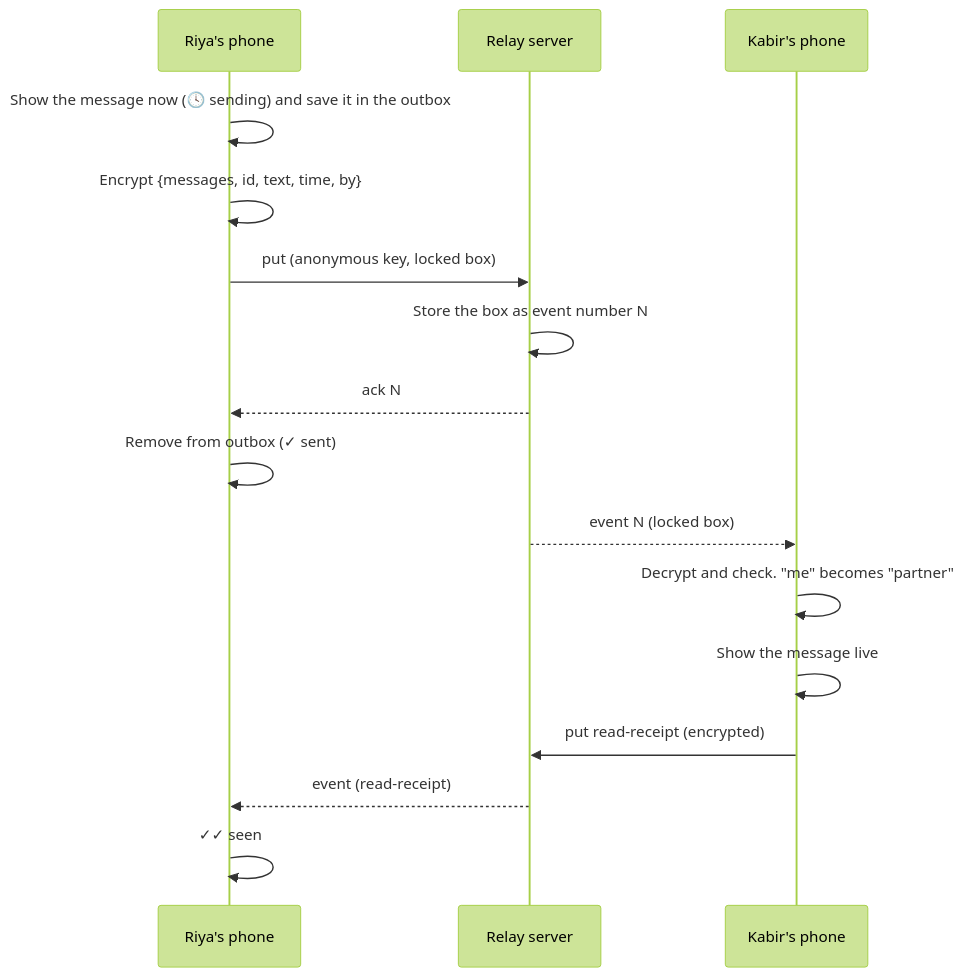
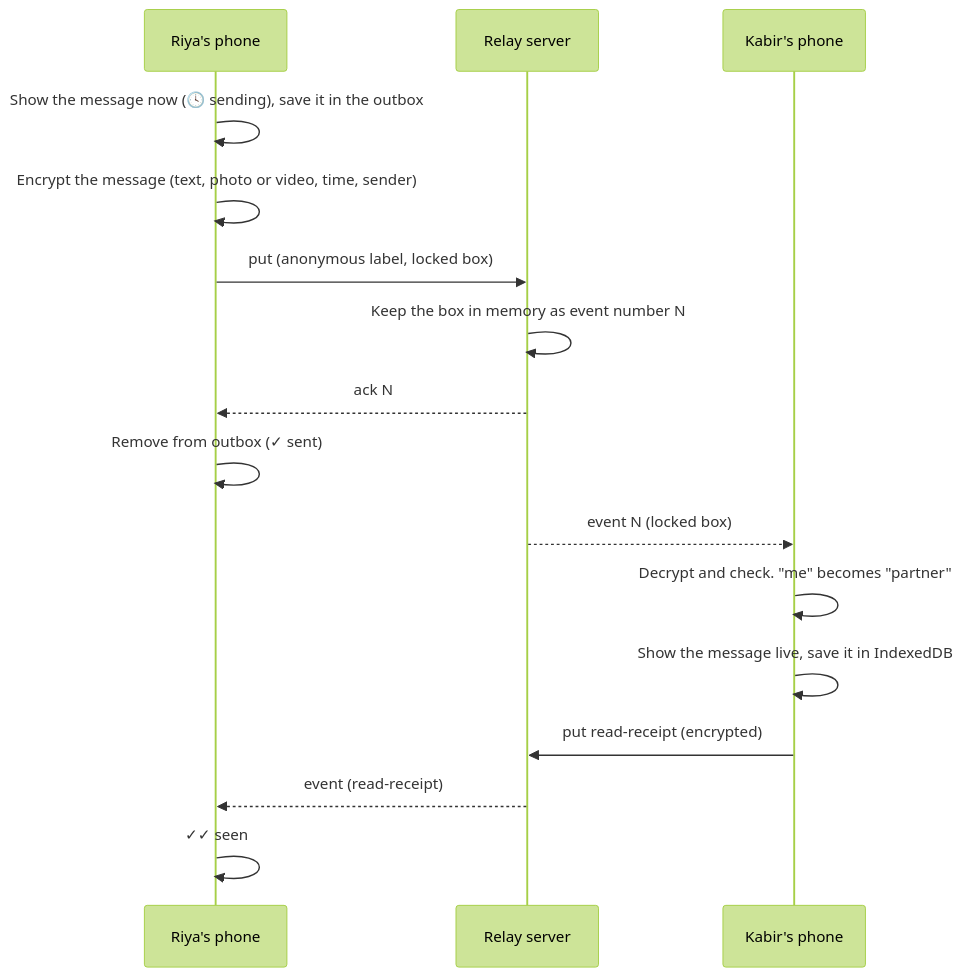
Before and after one commit to silent-coder-dev/private-space: the fifth of 27 diagrams in front-end/doc/04-flowcharts.md, drawn with Mermaid (forest theme). The commit also changed other lines of this file and 144 other files, not shown here.

````diff
--- a/front-end/doc/04-flowcharts.md
+++ b/front-end/doc/04-flowcharts.md
@@ -111,18 +104,18 @@
 ```mermaid
 sequenceDiagram
     participant A as Riya's phone
     participant S as Relay server
     participant B as Kabir's phone
-    A->>A: Show the message now (🕓 sending) and save it in the outbox
-    A->>A: Encrypt {messages, id, text, time, by}
-    A->>S: put (anonymous key, locked box)
-    S->>S: Store the box as event number N
+    A->>A: Show the message now (🕓 sending), save it in the outbox
+    A->>A: Encrypt the message (text, photo or video, time, sender)
+    A->>S: put (anonymous label, locked box)
+    S->>S: Keep the box in memory as event number N
     S-->>A: ack N
     A->>A: Remove from outbox (✓ sent)
     S-->>B: event N (locked box)
     B->>B: Decrypt and check. "me" becomes "partner"
-    B->>B: Show the message live
+    B->>B: Show the message live, save it in IndexedDB
     B->>S: put read-receipt (encrypted)
     S-->>A: event (read-receipt)
     A->>A: ✓✓ seen
 ```
````
